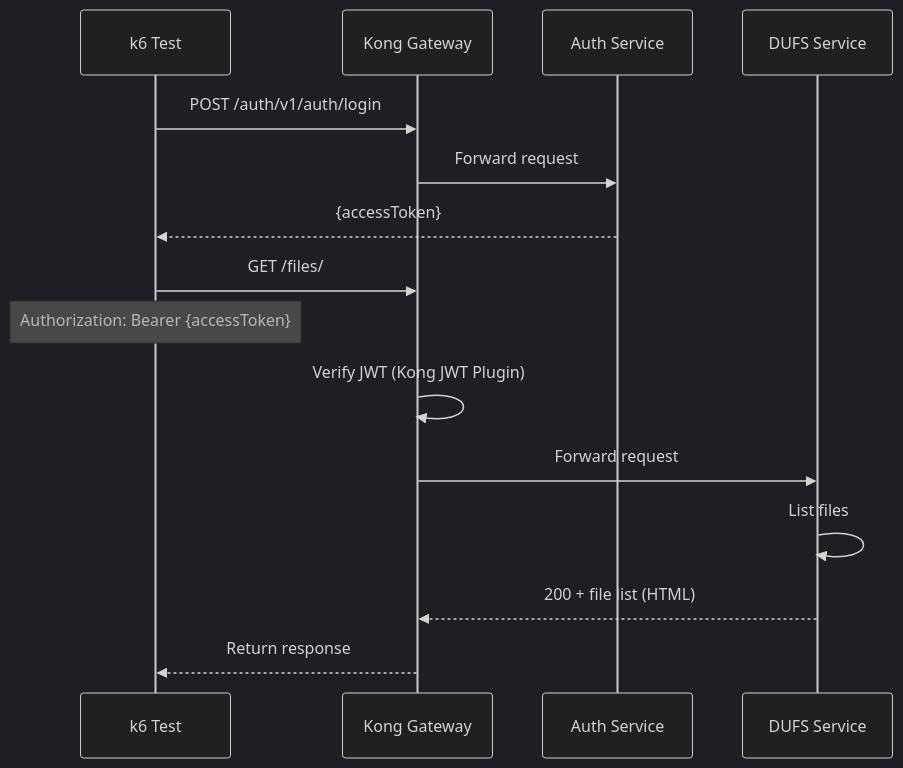
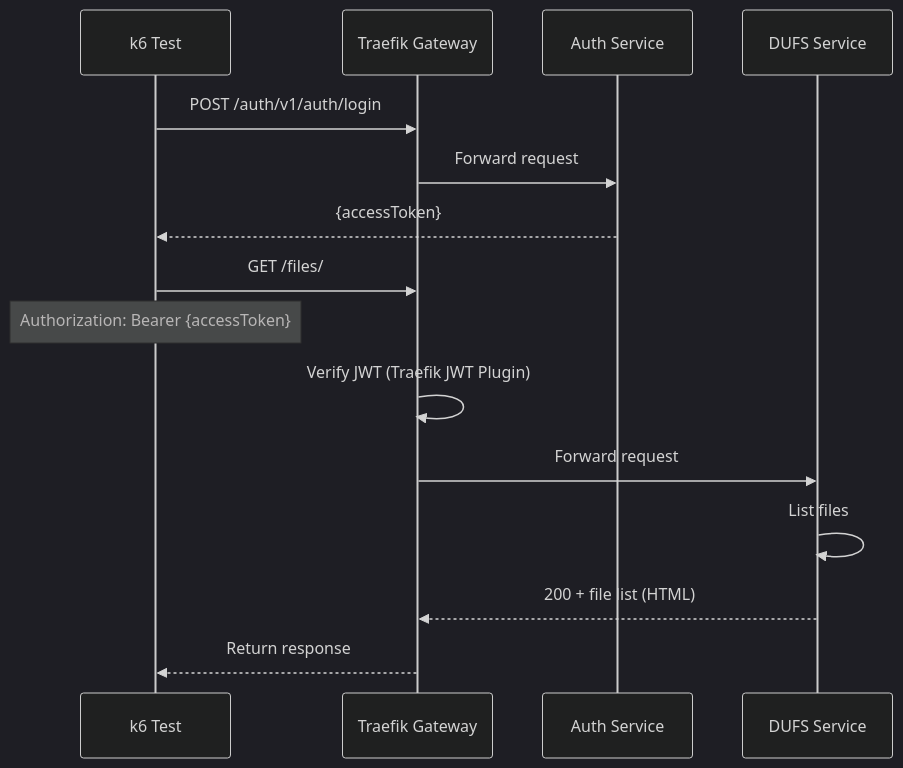
The diagram in k6-tests/src/services/dufs/test-download.md (tinhthanh/nestjs-microservices), drawn with Mermaid (dark theme) before and after one commit. The commit also changed 47 other files, not shown here.

````diff
--- a/k6-tests/src/services/dufs/test-download.md
+++ b/k6-tests/src/services/dufs/test-download.md
@@ -5,19 +5,19 @@
 ```mermaid
 sequenceDiagram
     participant K6 as k6 Test
-    participant Kong as Kong Gateway
+    participant Traefik as Traefik Gateway
     participant Auth as Auth Service
     participant DUFS as DUFS Service
 
-    K6->>Kong: POST /auth/v1/auth/login
-    Kong->>Auth: Forward request
+    K6->>Traefik: POST /auth/v1/auth/login
+    Traefik->>Auth: Forward request
     Auth-->>K6: {accessToken}
     
-    K6->>Kong: GET /files/
+    K6->>Traefik: GET /files/
     Note over K6: Authorization: Bearer {accessToken}
-    Kong->>Kong: Verify JWT (Kong JWT Plugin)
-    Kong->>DUFS: Forward request
+    Traefik->>Traefik: Verify JWT (Traefik JWT Plugin)
+    Traefik->>DUFS: Forward request
     DUFS->>DUFS: List files
-    DUFS-->>Kong: 200 + file list (HTML)
-    Kong-->>K6: Return response
+    DUFS-->>Traefik: 200 + file list (HTML)
+    Traefik-->>K6: Return response
 ```
````
